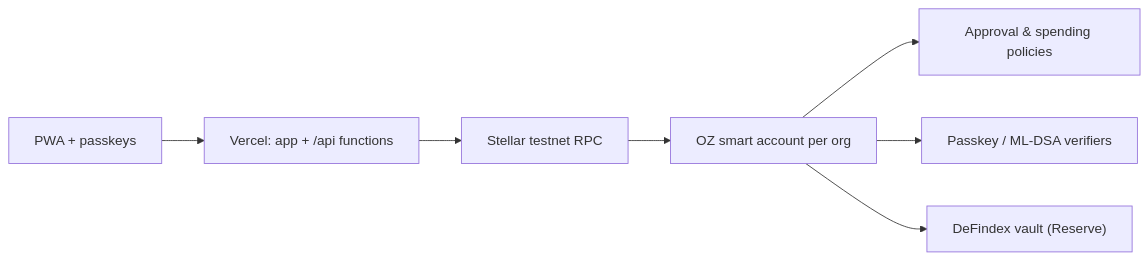
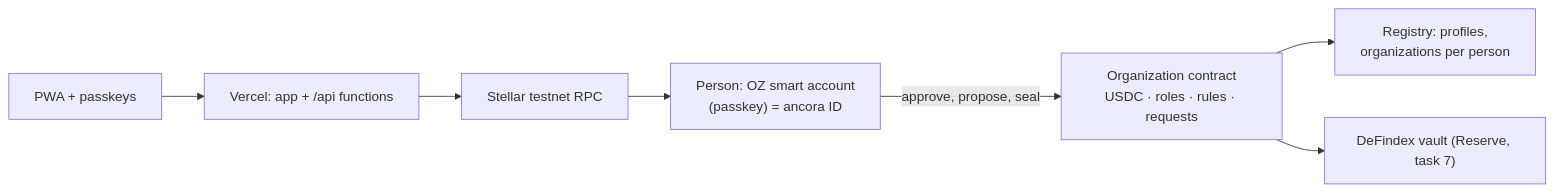
Before and after one commit to raglibol-re/ancora: the diagram in README.md, drawn with Mermaid. The commit also changed other lines of this file and 94 other files, not shown here.

First line of the commit message:
feat(identity): one passkey per person, one contract per organization

````diff
--- a/README.md
+++ b/README.md
@@ -54,9 +54,9 @@
 ```mermaid
 flowchart LR
   Browser["PWA + passkeys"] --> App["Vercel: app + /api functions"]
   App --> RPC["Stellar testnet RPC"]
-  RPC --> SA["OZ smart account per org"]
-  SA --> Policies["Approval & spending policies"]
-  SA --> Verifiers["Passkey / ML-DSA verifiers"]
-  SA --> Vault["DeFindex vault (Reserve)"]
+  RPC --> Person["Person: OZ smart account<br/>(passkey) = ancora ID"]
+  Person -->|"approve, propose, seal"| Org["Organization contract<br/>USDC · roles · rules · requests"]
+  Org --> Registry["Registry: profiles,<br/>organizations per person"]
+  Org --> Vault["DeFindex vault (Reserve, task 7)"]
 ```
````
